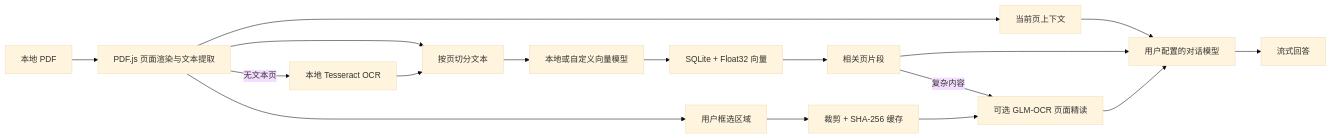
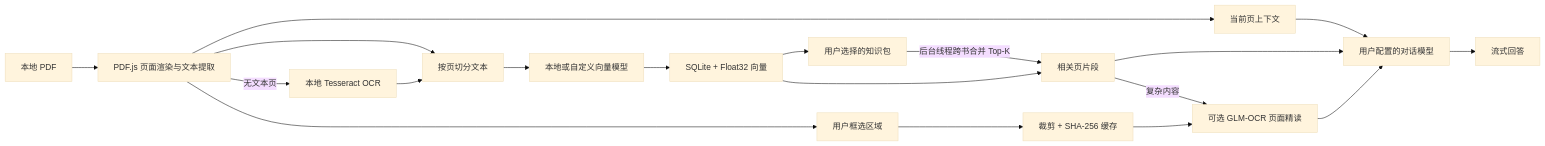
One commit to Aana11/margin-pdf-reader changed the diagram in README.md. Above: the diagram before and after it, drawn with Mermaid (base theme). The commit also changed other lines of this file and 24 other files, not shown here.

````diff
--- a/README.md
+++ b/README.md
@@ -74,19 +80,21 @@
 ```mermaid
 flowchart LR
     PDF[本地 PDF] --> JS[PDF.js 页面渲染与文本提取]
     JS --> PAGE[当前页上下文]
     JS -->|无文本页| OCR[本地 Tesseract OCR]
     JS --> CHUNK[按页切分文本]
     OCR --> CHUNK
     CHUNK --> EMBED[本地或自定义向量模型]
     EMBED --> INDEX[SQLite + Float32 向量]
+    INDEX --> PACK[用户选择的知识包]
+    PACK -->|后台线程跨书合并 Top-K| MATCH
     INDEX --> MATCH[相关页片段]
     MATCH -->|复杂内容| GLM[可选 GLM-OCR 页面精读]
     JS --> SELECT[用户框选区域]
     SELECT --> CROP[裁剪 + SHA-256 缓存]
     CROP --> GLM
     PAGE --> CHAT[用户配置的对话模型]
     MATCH --> CHAT
     GLM --> CHAT
     CHAT --> UI[流式回答]
 ```
````
